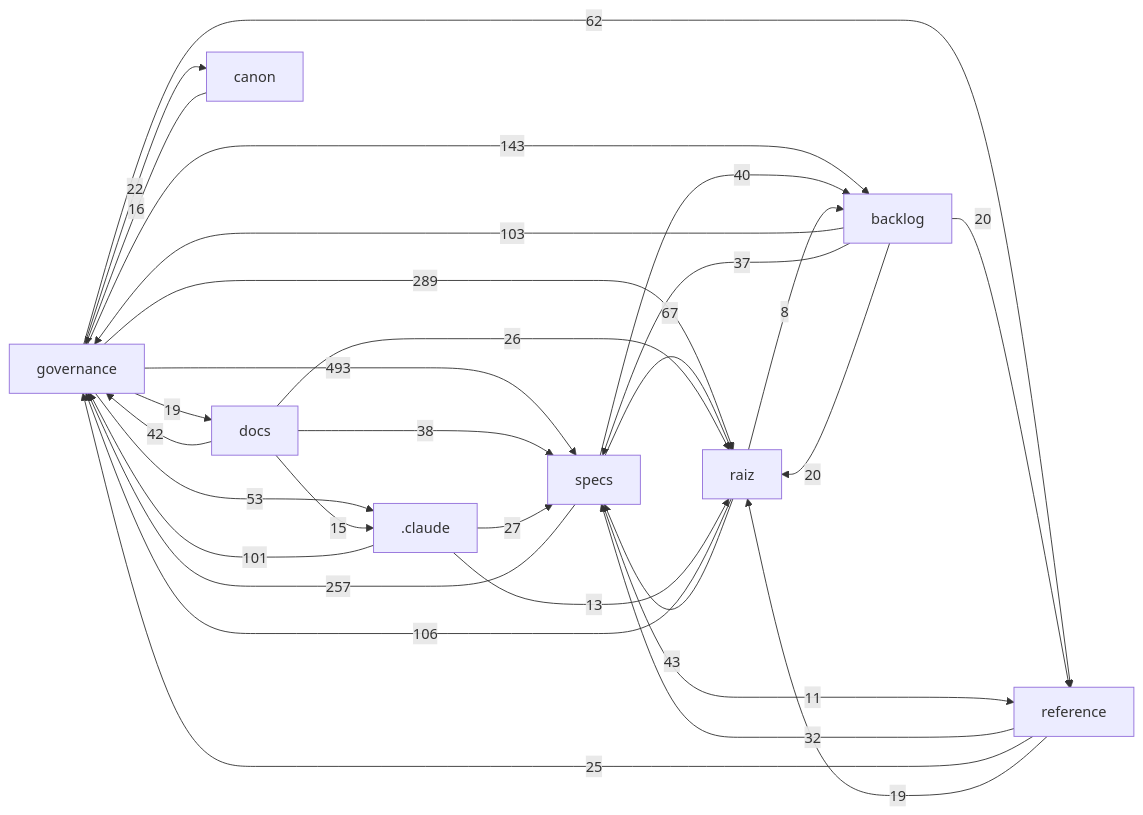
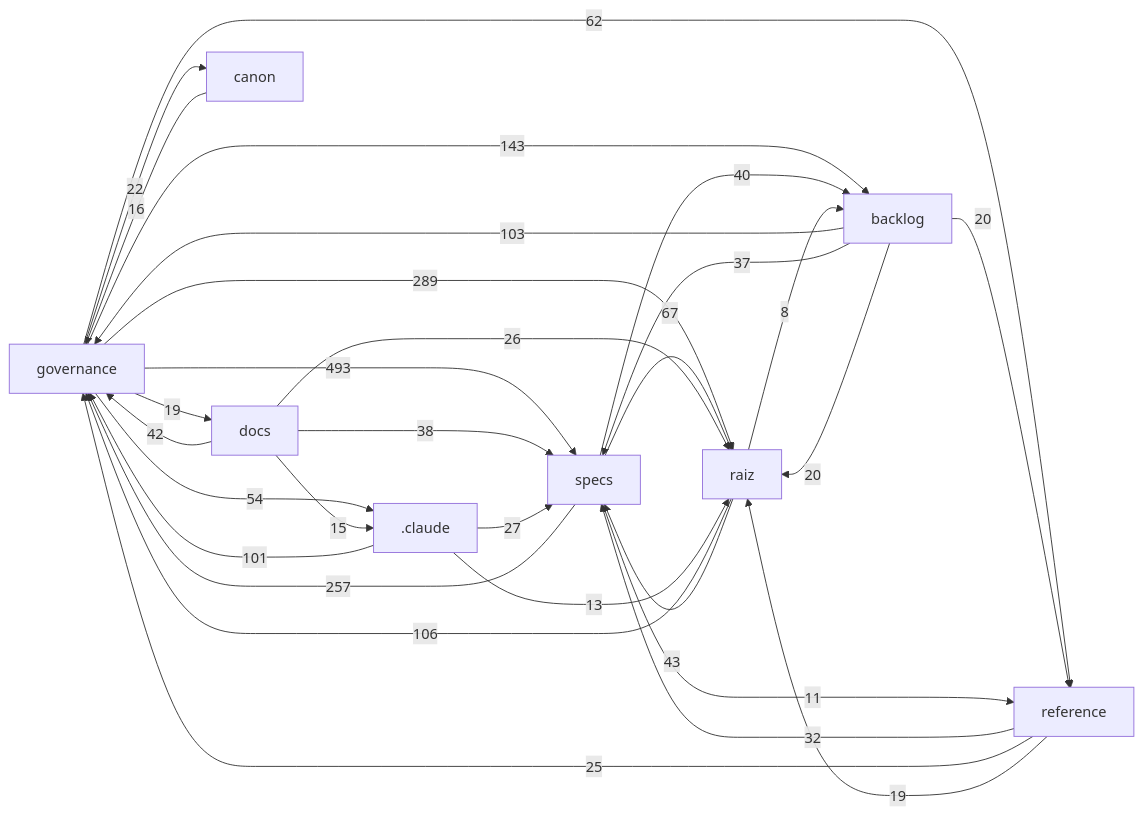
The diagram in docs/mapa/MAPA-PROJETO.md (Andraus35/Sistema-Operacional-de-Trading--SOT), drawn with Mermaid before and after one commit. The commit also changed other lines of this file and 2 other files, not shown here.

````diff
--- a/docs/mapa/MAPA-PROJETO.md
+++ b/docs/mapa/MAPA-PROJETO.md
@@ -29,32 +29,32 @@
 ```mermaid
 flowchart LR
   governance["governance"] -->|493| specs["specs"]
   governance["governance"] -->|289| raiz["raiz"]
   specs["specs"] -->|257| governance["governance"]
   governance["governance"] -->|143| backlog["backlog"]
   raiz["raiz"] -->|106| governance["governance"]
   backlog["backlog"] -->|103| governance["governance"]
   _claude[".claude"] -->|101| governance["governance"]
   specs["specs"] -->|67| raiz["raiz"]
   governance["governance"] -->|62| reference["reference"]
-  governance["governance"] -->|53| _claude[".claude"]
+  governance["governance"] -->|54| _claude[".claude"]
   raiz["raiz"] -->|43| specs["specs"]
   docs["docs"] -->|42| governance["governance"]
   specs["specs"] -->|40| backlog["backlog"]
   docs["docs"] -->|38| specs["specs"]
   backlog["backlog"] -->|37| specs["specs"]
   reference["reference"] -->|32| specs["specs"]
   _claude[".claude"] -->|27| specs["specs"]
   docs["docs"] -->|26| raiz["raiz"]
   reference["reference"] -->|25| governance["governance"]
   governance["governance"] -->|22| canon["canon"]
   backlog["backlog"] -->|20| raiz["raiz"]
   backlog["backlog"] -->|20| reference["reference"]
   governance["governance"] -->|19| docs["docs"]
   reference["reference"] -->|19| raiz["raiz"]
   canon["canon"] -->|16| governance["governance"]
   docs["docs"] -->|15| _claude[".claude"]
   _claude[".claude"] -->|13| raiz["raiz"]
   specs["specs"] -->|11| reference["reference"]
   raiz["raiz"] -->|8| backlog["backlog"]
 ```
````
